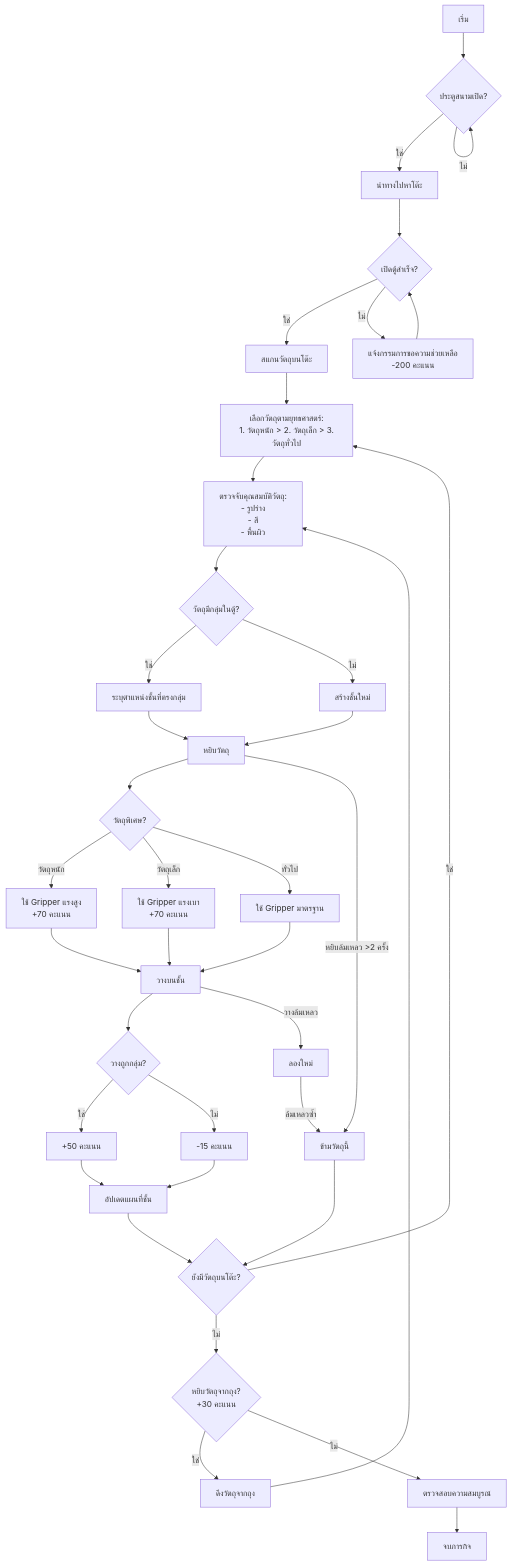
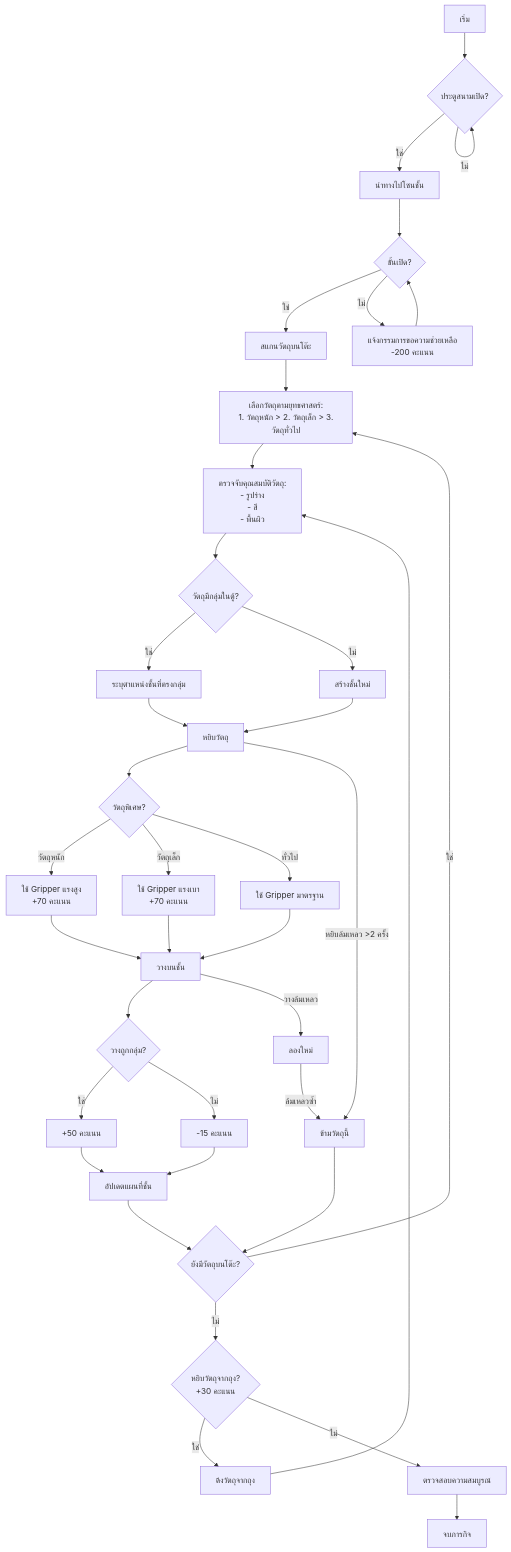
One commit to NapatzZ/state-robocup changed the diagram in StoringGroceries.md. Above: the diagram before and after it, drawn with Mermaid.

````diff
--- a/StoringGroceries.md
+++ b/StoringGroceries.md
@@ -1,53 +1,53 @@
 ```mermaid
 flowchart TD
     A[เริ่ม] --> B{ประตูสนามเปิด?}
-    B -->|ใช่| C[นำทางไปหาโต๊ะ]
+    B -->|ใช่| C[นำทางไปโซนชั้น]
     B -->|ไม่| B
     
-    C --> D{เปิดตู้สำเร็จ?}
+    C --> D{ชั้นเปิด?}
     D -->|ใช่| E[สแกนวัตถุบนโต๊ะ]
     D -->|ไม่| F[แจ้งกรรมการขอความช่วยเหลือ \n -200 คะแนน]
     F --> D
     
     E --> G[เลือกวัตถุตามยุทธศาสตร์:\n 1. วัตถุหนัก > 2. วัตถุเล็ก > 3. วัตถุทั่วไป]
     G --> H[ตรวจจับคุณสมบัติวัตถุ:\n - รูปร่าง\n - สี\n - พื้นผิว]
     
     H --> I{วัตถุมีกลุ่มในตู้?}
     I -->|ใช่| J[ระบุตำแหน่งชั้นที่ตรงกลุ่ม]
     I -->|ไม่| K[สร้างชั้นใหม่]
     
     J --> L[หยิบวัตถุ]
     K --> L
     
     L --> M{วัตถุพิเศษ?}
     M -->|วัตถุหนัก| N[ใช้ Gripper แรงสูง \n +70 คะแนน]
     M -->|วัตถุเล็ก| O[ใช้ Gripper แรงเบา \n +70 คะแนน]
     M -->|ทั่วไป| P[ใช้ Gripper มาตรฐาน]
     
     N --> Q[วางบนชั้น]
     O --> Q
     P --> Q
     
     Q --> R{วางถูกกลุ่ม?}
     R -->|ใช่| S[+50 คะแนน]
     R -->|ไม่| T[-15 คะแนน]
     
     S --> U[อัปเดตแผนที่ชั้น]
     T --> U
     
     U --> V{ยังมีวัตถุบนโต๊ะ?}
     V -->|ใช่| G
     V -->|ไม่| W{หยิบวัตถุจากถุง? \n +30 คะแนน}
     
     W -->|ใช่| X[ดึงวัตถุจากถุง]
     X --> H
     W -->|ไม่| Y[ตรวจสอบความสมบูรณ์]
     
     Y --> Z[จบภารกิจ]
     
     %% Error handling
     L -->|หยิบล้มเหลว >2 ครั้ง| L1[ข้ามวัตถุนี้]
     L1 --> V
     Q -->|วางล้มเหลว| Q1[ลองใหม่]
     Q1 -->|ล้มเหลวซ้ำ| L1
 ```
````
